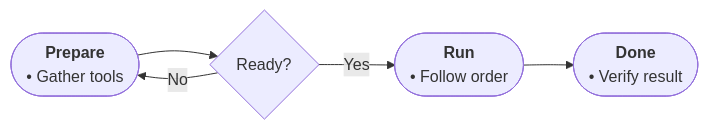
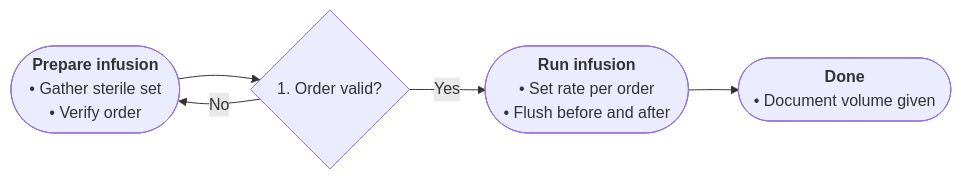
One commit to drsku6/flowcheck changed the diagram in cards/profiles/procedure.md. Above: the diagram before and after it, drawn with Mermaid. The commit also changed other lines of this file and 31 other files, not shown here.

````diff
--- a/cards/profiles/procedure.md
+++ b/cards/profiles/procedure.md
@@ -10,11 +12,11 @@
 ```mermaid
 flowchart LR
-n1(["<b>Prepare</b><br/>• Gather tools"]):::startNode
-n2{"Ready?"}:::decisionNode
-n3(["<b>Run</b><br/>• Follow order"]):::altDx
-n4(["<b>Done</b><br/>• Verify result"]):::dispoNode
+n1(["<b>Prepare infusion</b><br/>• Gather sterile set<br/>• Verify order"]):::startNode
+n2{"1. Order valid?"}:::decisionNode
+n3(["<b>Run infusion</b><br/>• Set rate per order<br/>• Flush before and after"]):::altDx
+n4(["<b>Done</b><br/>• Document volume given"]):::dispoNode
 n1 --> n2
 n2 -->|"Yes"| n3
 n2 -->|"No"| n1
 n3 --> n4
 ```
````
